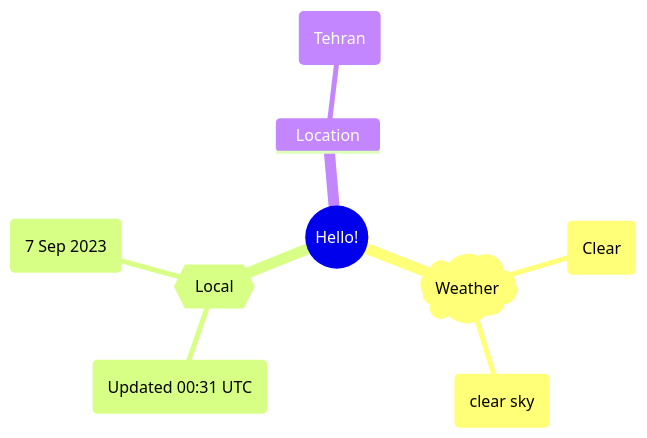
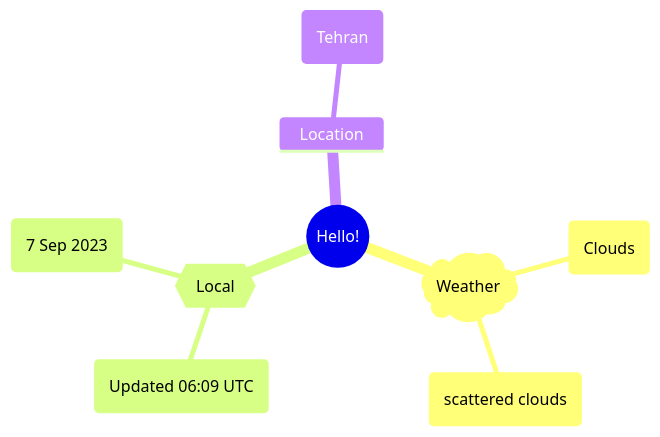
One commit to Xosrov/Xosrov changed the first of 2 diagrams in README.md. Above: the diagram before and after it, drawn with Mermaid.

Commit message:
[bot] updated images

````diff
--- a/README.md
+++ b/README.md
@@ -3,12 +3,12 @@
 ```mermaid
 mindmap
   root((Hello!))
     )Weather(
-        (Clear)
-        (clear sky)
+        (Clouds)
+        (scattered clouds)
     {{Local}}
-        (Updated 00:31 UTC)
+        (Updated 06:09 UTC)
         (7 Sep 2023)
     Location
         (Tehran)
 ```
````
